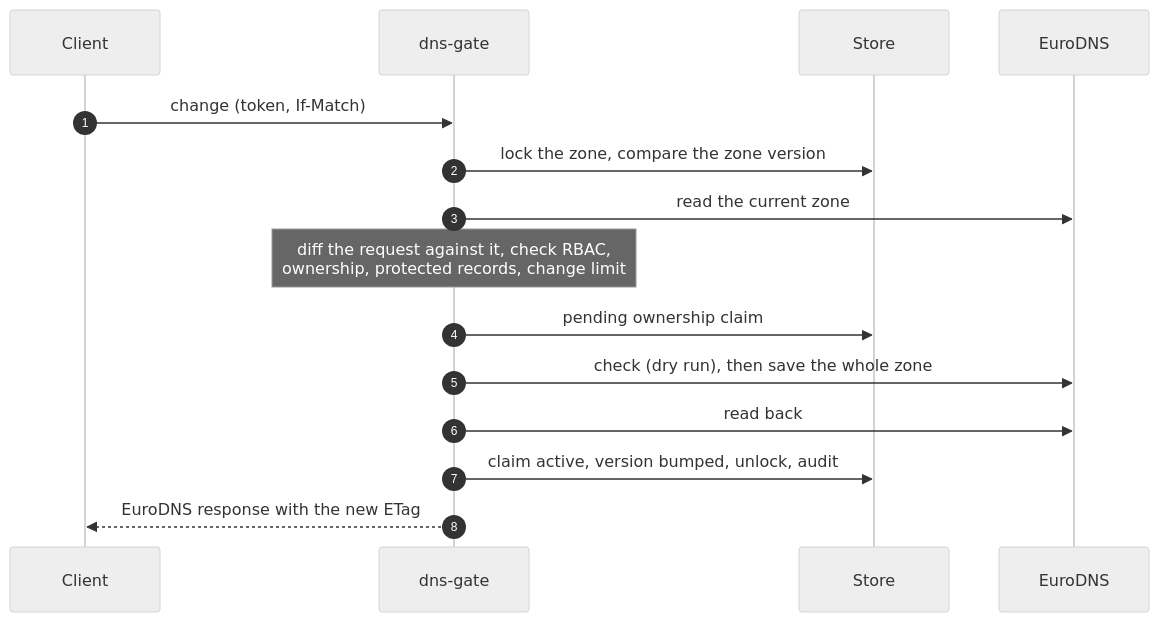
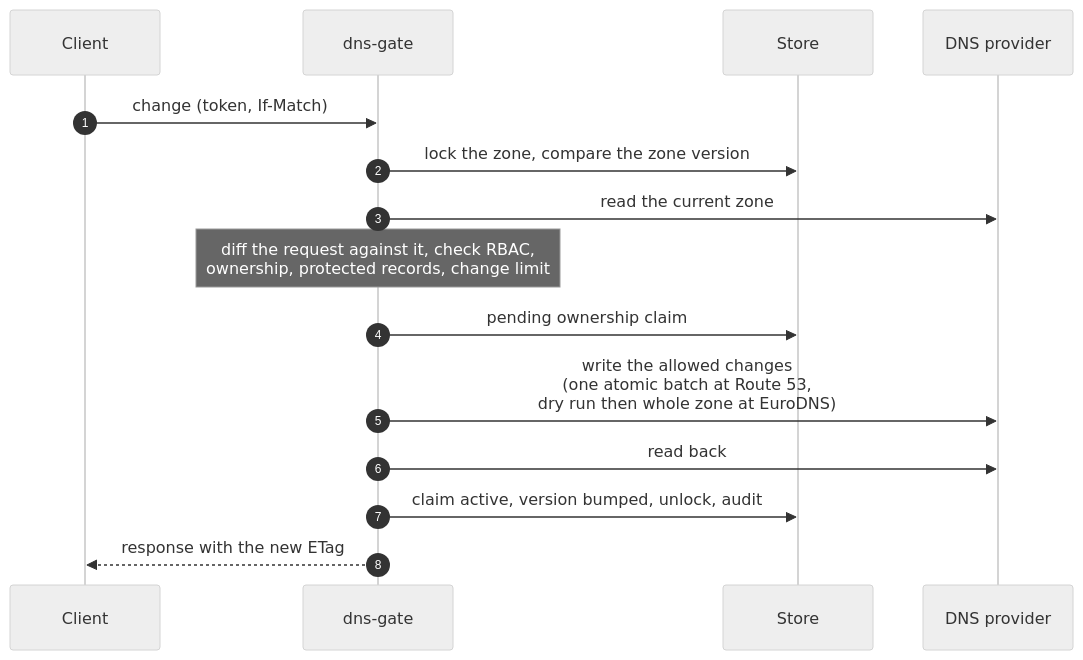
Before and after one commit to KamorionLabs/dns-gate: the second of 2 diagrams in README.md, drawn with Mermaid (neutral theme). The commit also changed other lines of this file and 56 other files, not shown here.

````diff
--- a/README.md
+++ b/README.md
@@ -109,17 +112,17 @@
 ```mermaid
 sequenceDiagram
   autonumber
   participant C as Client
   participant G as dns-gate
   participant S as Store
-  participant E as EuroDNS
+  participant P as DNS provider
   C->>G: change (token, If-Match)
   G->>S: lock the zone, compare the zone version
-  G->>E: read the current zone
+  G->>P: read the current zone
   Note over G: diff the request against it, check RBAC,<br/>ownership, protected records, change limit
   G->>S: pending ownership claim
-  G->>E: check (dry run), then save the whole zone
-  G->>E: read back
+  G->>P: write the allowed changes<br/>(one atomic batch at Route 53,<br/>dry run then whole zone at EuroDNS)
+  G->>P: read back
   G->>S: claim active, version bumped, unlock, audit
-  G-->>C: EuroDNS response with the new ETag
+  G-->>C: response with the new ETag
 ```
````
